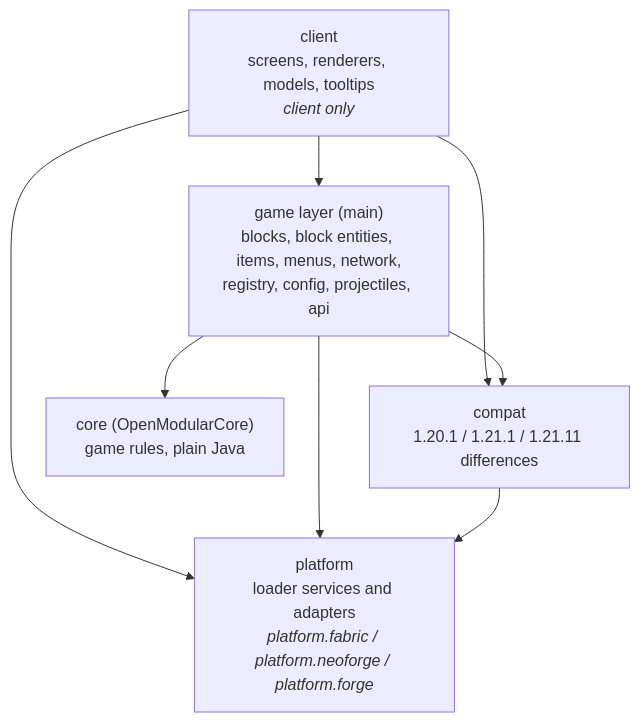
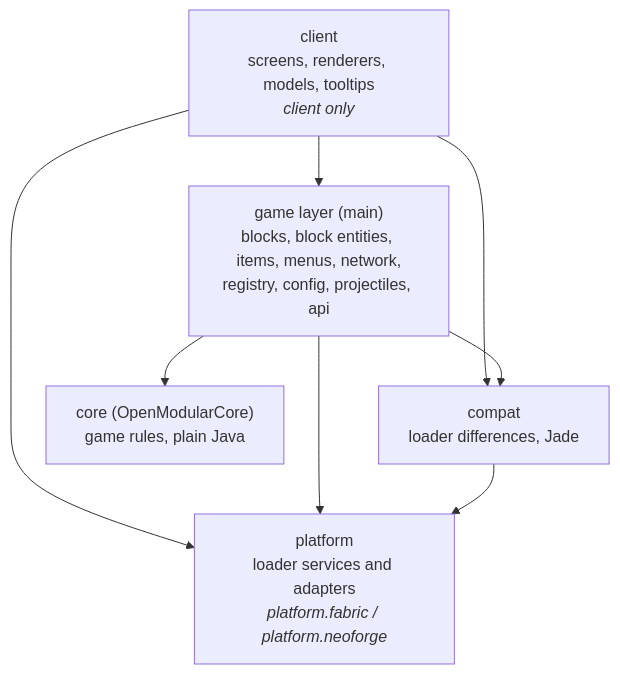
Before and after one commit to OpenModularTurretsTeam/OpenModularTurrets: the diagram in docs/architecture.md, drawn with Mermaid. The commit also changed other lines of this file and 8 other files, not shown here.

````diff
--- a/docs/architecture.md
+++ b/docs/architecture.md
@@ -23,15 +23,15 @@
 ```mermaid
 flowchart TB
     client["client<br/>screens, renderers, models, tooltips<br/><i>client only</i>"]
     game["game layer (main)<br/>blocks, block entities, items, menus, network,<br/>registry, config, projectiles, api"]
-    compat["compat<br/>1.20.1 / 1.21.1 / 1.21.11 differences"]
-    platform["platform<br/>loader services and adapters<br/><i>platform.fabric / platform.neoforge / platform.forge</i>"]
+    compat["compat<br/>loader differences, Jade"]
+    platform["platform<br/>loader services and adapters<br/><i>platform.fabric / platform.neoforge</i>"]
     core["core (OpenModularCore)<br/>game rules, plain Java"]
     client --> game
     client --> compat
     client --> platform
     game --> compat
     game --> platform
     compat --> platform
     game --> core
 ```
````
